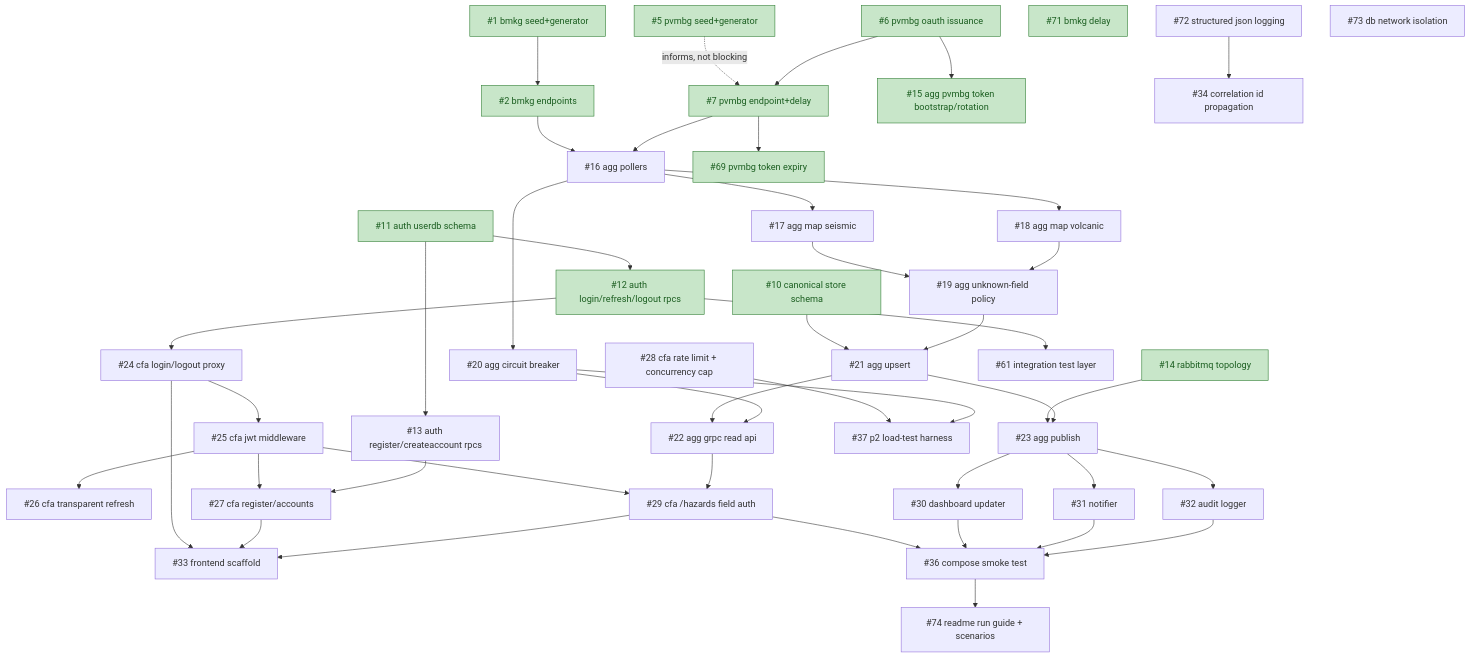
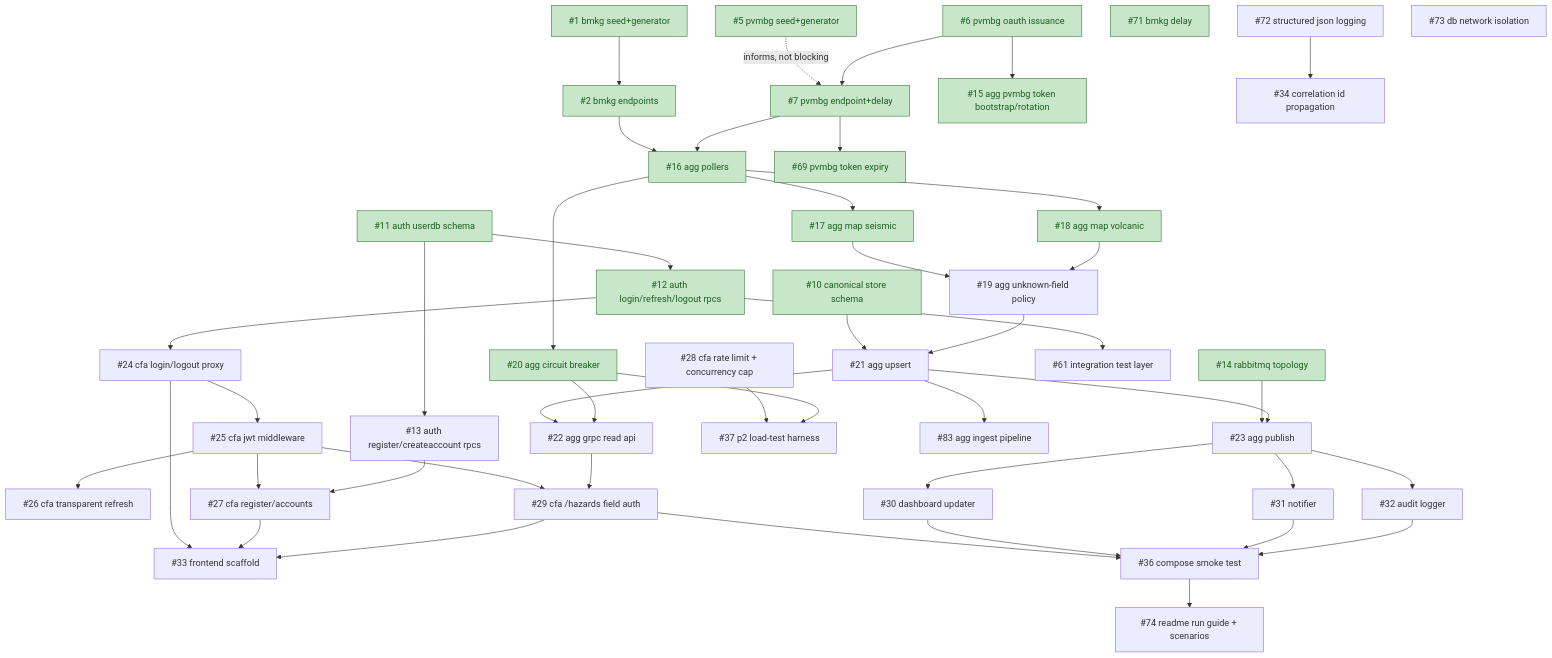
The diagram in doc/BACKLOG_DEPENDENCIES.md (brii26/distributed-hazard-coordination), drawn with Mermaid before and after one commit. The commit also changed other lines of this file, not shown here.

Commit message:
docs(backlog): mark #16-#18 and #20 done, add #83

````diff
--- a/doc/BACKLOG_DEPENDENCIES.md
+++ b/doc/BACKLOG_DEPENDENCIES.md
@@ -24,61 +24,62 @@
 ```mermaid
 graph TD
   1["#1 bmkg seed+generator"] --> 2["#2 bmkg endpoints"]
   5["#5 pvmbg seed+generator"] -.->|informs, not blocking| 7
 
   6["#6 pvmbg oauth issuance"] --> 15["#15 agg pvmbg token bootstrap/rotation"]
   6 --> 7["#7 pvmbg endpoint+delay"]
   7 --> 69["#69 pvmbg token expiry"]
 
   2 --> 16["#16 agg pollers"]
   7 --> 16
   16 --> 17["#17 agg map seismic"]
   16 --> 18["#18 agg map volcanic"]
   16 --> 20["#20 agg circuit breaker"]
   17 --> 19["#19 agg unknown-field policy"]
   18 --> 19
 
   10["#10 canonical store schema"] --> 21["#21 agg upsert"]
   19 --> 21
   21 --> 22["#22 agg grpc read api"]
   20 --> 22
 
   14["#14 rabbitmq topology"] --> 23["#23 agg publish"]
   21 --> 23
+  21 --> 83["#83 agg ingest pipeline"]
 
   11["#11 auth userdb schema"] --> 12["#12 auth login/refresh/logout rpcs"]
   11 --> 13["#13 auth register/createaccount rpcs"]
 
   12 --> 24["#24 cfa login/logout proxy"]
   12 --> 61["#61 integration test layer"]
   24 --> 25["#25 cfa jwt middleware"]
   25 --> 26["#26 cfa transparent refresh"]
   25 --> 27["#27 cfa register/accounts"]
   13 --> 27
   25 --> 29["#29 cfa /hazards field auth"]
   22 --> 29
 
   23 --> 30["#30 dashboard updater"]
   23 --> 31["#31 notifier"]
   23 --> 32["#32 audit logger"]
 
   24 --> 33["#33 frontend scaffold"]
   27 --> 33
   29 --> 33
 
   29 --> 36["#36 compose smoke test"]
   30 --> 36
   31 --> 36
   32 --> 36
 
   28["#28 cfa rate limit + concurrency cap"] --> 37["#37 p2 load-test harness"]
   20 --> 37
 
   72["#72 structured json logging"] --> 34["#34 correlation id propagation"]
   36 --> 74["#74 readme run guide + scenarios"]
   71["#71 bmkg delay"]
   73["#73 db network isolation"]
 
   classDef done fill:#c8e6c9,stroke:#2e7d32,color:#1b5e20
-  class 1,2,5,6,7,10,11,12,14,15,69,71 done
+  class 1,2,5,6,7,10,11,12,14,15,16,17,18,20,69,71 done
 ```
````
